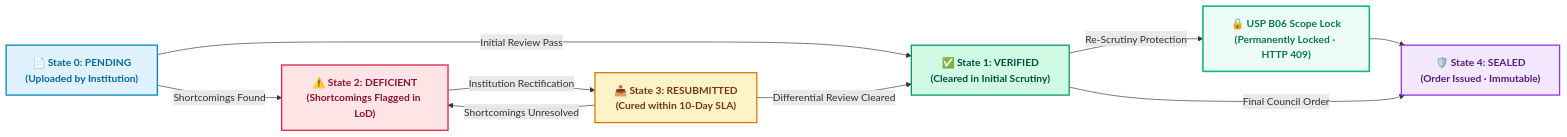
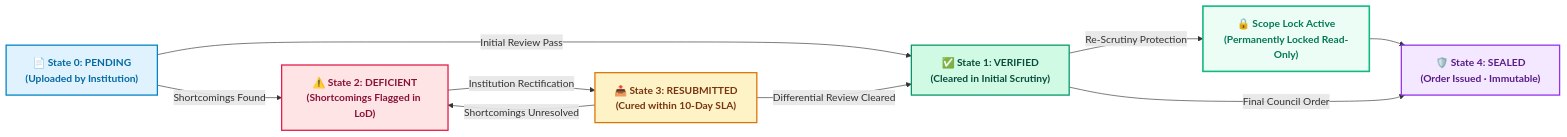
Diagram 17 of 18 in README.md (Parth-Chavan-15/SIH-2026-AICTE), drawn with Mermaid before and after one commit. The commit also changed other lines of this file, not shown here.

````diff
--- a/README.md
+++ b/README.md
@@ -331,25 +782,25 @@
 ```mermaid
 flowchart LR
     classDef pending fill:#E0F2FE,stroke:#0284C7,stroke-width:2px,color:#0369A1,font-weight:bold;
     classDef verified fill:#D1FAE5,stroke:#059669,stroke-width:2px,color:#064E3B,font-weight:bold;
     classDef deficient fill:#FFE4E6,stroke:#E11D48,stroke-width:2px,color:#881337,font-weight:bold;
     classDef resubmit fill:#FEF3C7,stroke:#D97706,stroke-width:2px,color:#78350F,font-weight:bold;
     classDef sealed fill:#F3E8FF,stroke:#9333EA,stroke-width:2px,color:#581C87,font-weight:bold;
     classDef lock fill:#ECFDF5,stroke:#10B981,stroke-width:2.5px,color:#047857,font-weight:bold;
 
     S0["📄 State 0: PENDING<br/>(Uploaded by Institution)"]:::pending
     S1["✅ State 1: VERIFIED<br/>(Cleared in Initial Scrutiny)"]:::verified
     S2["⚠️ State 2: DEFICIENT<br/>(Shortcomings Flagged in LoD)"]:::deficient
     S3["📤 State 3: RESUBMITTED<br/>(Cured within 10-Day SLA)"]:::resubmit
-    LOCK["🔒 USP B06 Scope Lock<br/>(Permanently Locked · HTTP 409)"]:::lock
+    LOCK["🔒 Scope Lock Active<br/>(Permanently Locked Read-Only)"]:::lock
     S4["🛡️ State 4: SEALED<br/>(Order Issued · Immutable)"]:::sealed
 
     S0 -->|Initial Review Pass| S1
     S0 -->|Shortcomings Found| S2
     S1 -->|Re-Scrutiny Protection| LOCK
     LOCK --> S4
     S2 -->|Institution Rectification| S3
     S3 -->|Differential Review Cleared| S1
     S3 -->|Shortcomings Unresolved| S2
     S1 -->|Final Council Order| S4
 ```
````
